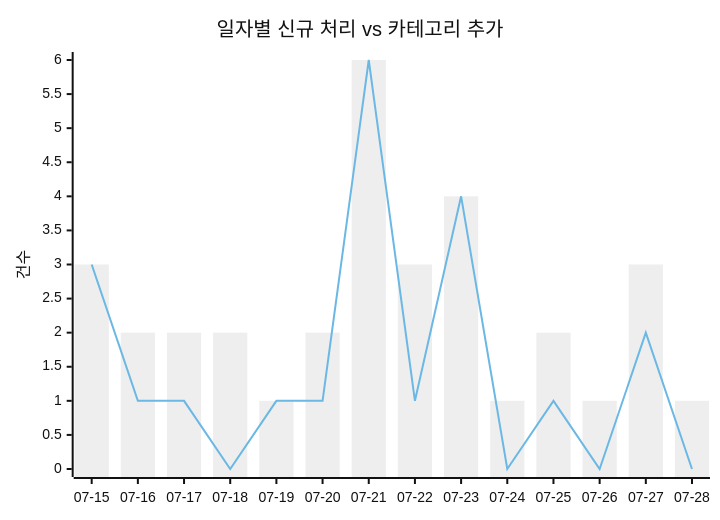
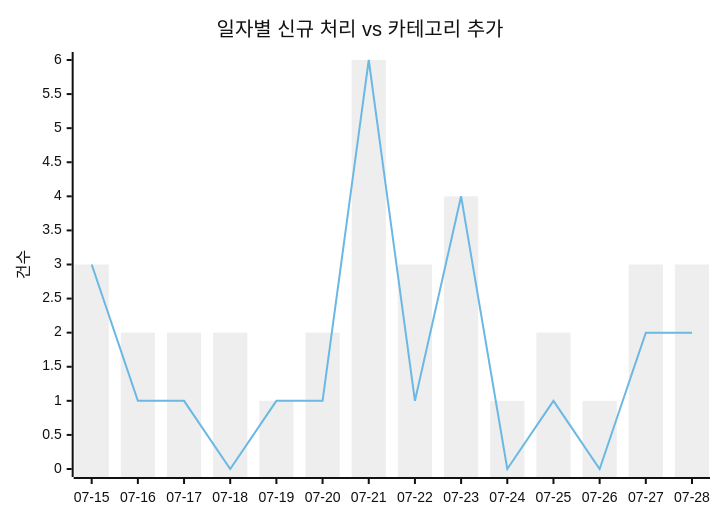
The first of 2 diagrams in docs/trends.md (J-nowcow/awesome-korean-agent-skills), drawn with Mermaid (neutral theme) before and after one commit. The commit also changed other lines of this file and 5 other files, not shown here.

````diff
--- a/docs/trends.md
+++ b/docs/trends.md
@@ -32,8 +32,8 @@
 ```mermaid
 xychart-beta
     title "일자별 신규 처리 vs 카테고리 추가"
     x-axis ["07-15","07-16","07-17","07-18","07-19","07-20","07-21","07-22","07-23","07-24","07-25","07-26","07-27","07-28"]
     y-axis "건수"
-    bar [3,2,2,2,1,2,6,3,4,1,2,1,3,1]
-    line [3,1,1,0,1,1,6,1,4,0,1,0,2,0]
+    bar [3,2,2,2,1,2,6,3,4,1,2,1,3,3]
+    line [3,1,1,0,1,1,6,1,4,0,1,0,2,2]
 ```
````
